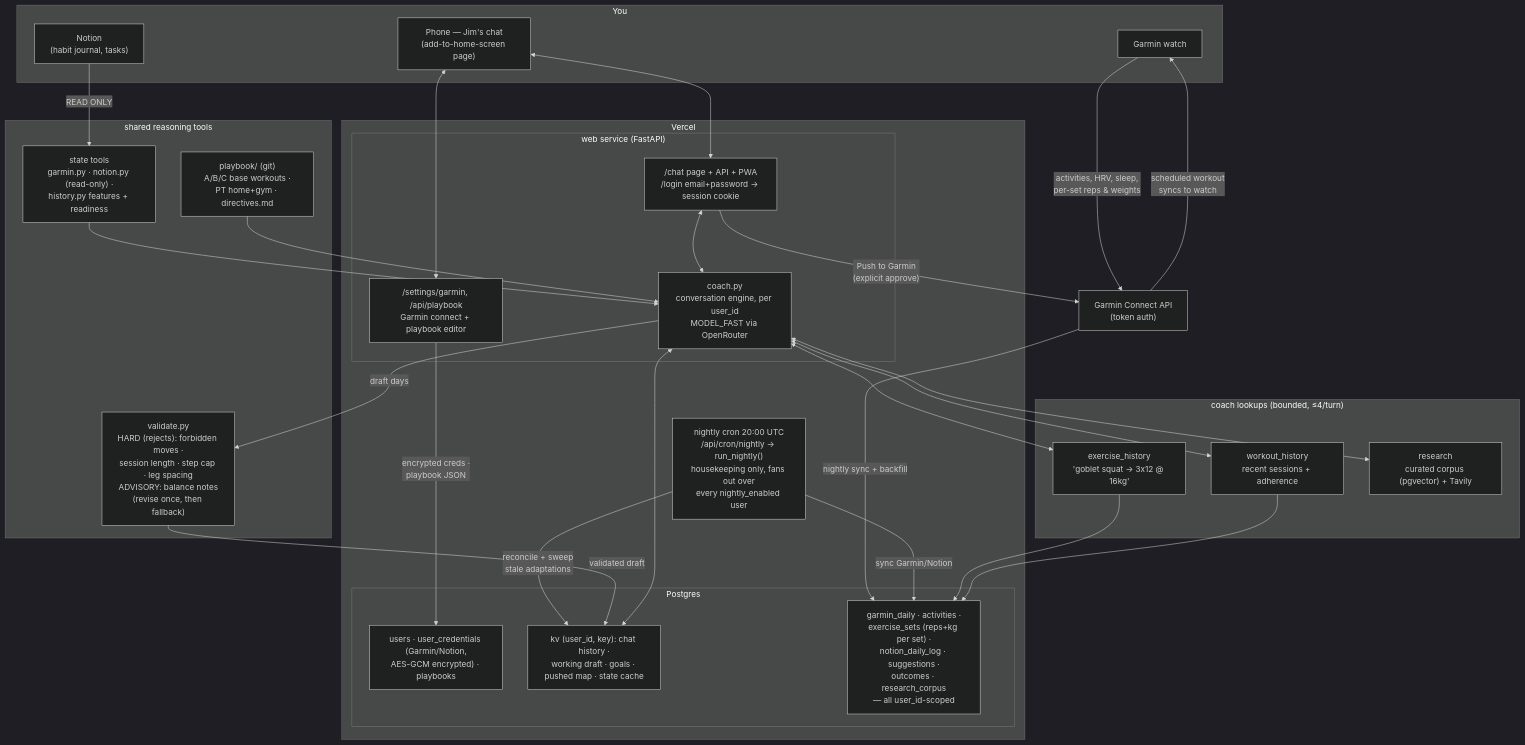
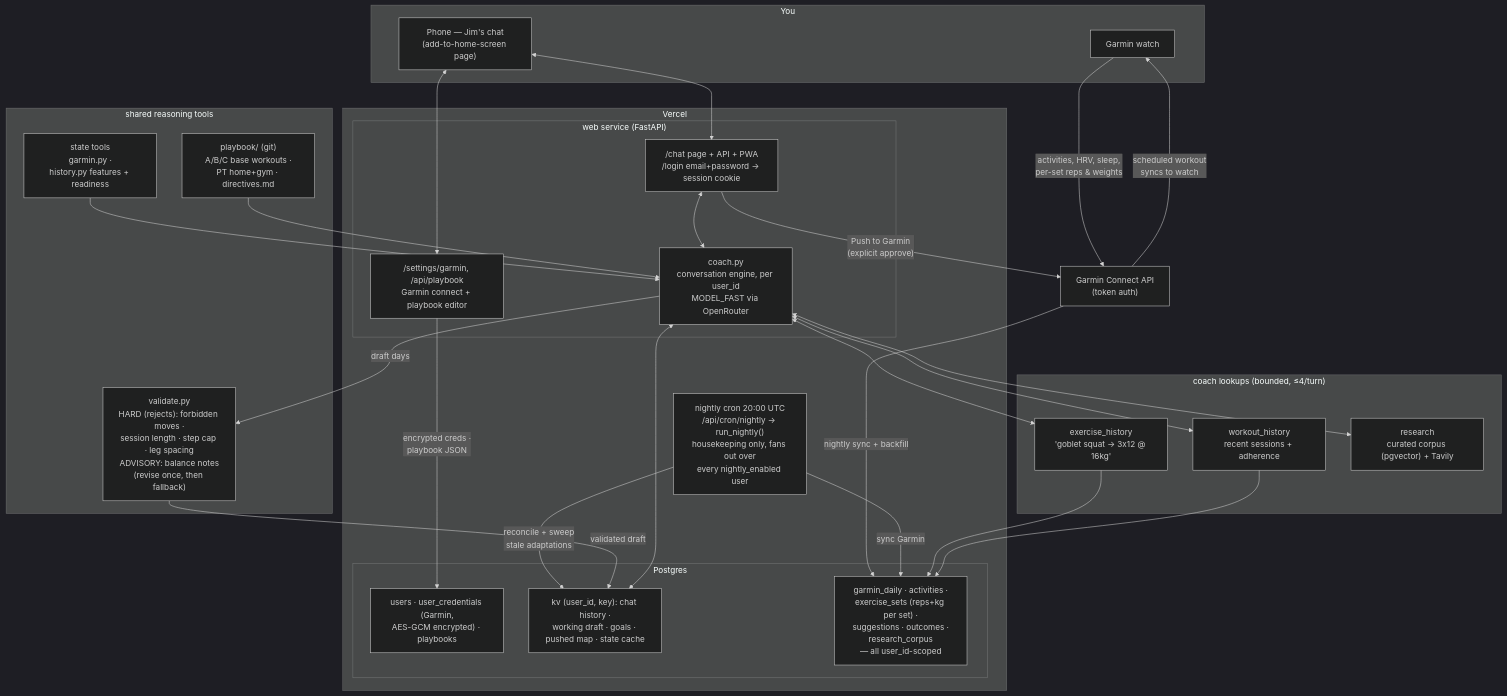
Before and after one commit to Lakshita110/jim-fitness-agent: the diagram in docs/architecture.md, drawn with Mermaid (dark theme). The commit also changed other lines of this file and 29 other files, not shown here.

````diff
--- a/docs/architecture.md
+++ b/docs/architecture.md
@@ -7,57 +7,55 @@
 ```mermaid
 flowchart TB
     subgraph you["You"]
         WATCH["Garmin watch"]
         PHONE["Phone — Jim's chat<br/>(add-to-home-screen page)"]
-        NOTIONAPP["Notion<br/>(habit journal, tasks)"]
     end
 
     subgraph vercel["Vercel"]
         subgraph web["web service (FastAPI)"]
             CHATUI["/chat page + API + PWA<br/>/login email+password → session cookie"]
             SETTINGS["/settings/garmin, /api/playbook<br/>Garmin connect + playbook editor"]
             COACH["coach.py<br/>conversation engine, per user_id<br/>MODEL_FAST via OpenRouter"]
         end
         CRON["nightly cron 20:00 UTC<br/>/api/cron/nightly → run_nightly()<br/>housekeeping only, fans out over<br/>every nightly_enabled user"]
         subgraph pg["Postgres"]
-            USERS["users · user_credentials (Garmin/Notion,<br/>AES-GCM encrypted) · playbooks"]
+            USERS["users · user_credentials (Garmin,<br/>AES-GCM encrypted) · playbooks"]
             KV["kv (user_id, key): chat history ·<br/>working draft · goals · pushed map · state cache"]
-            TABLES["garmin_daily · activities ·<br/>exercise_sets (reps+kg per set) ·<br/>notion_daily_log · suggestions ·<br/>outcomes · research_corpus<br/>— all user_id-scoped"]
+            TABLES["garmin_daily · activities ·<br/>exercise_sets (reps+kg per set) ·<br/>suggestions · outcomes ·<br/>research_corpus<br/>— all user_id-scoped"]
         end
     end
 
     subgraph loop["shared reasoning tools"]
-        STATE["state tools<br/>garmin.py · notion.py (read-only) ·<br/>history.py features + readiness"]
+        STATE["state tools<br/>garmin.py ·<br/>history.py features + readiness"]
         VALIDATE["validate.py<br/>HARD (rejects): forbidden moves ·<br/>session length · step cap · leg spacing<br/>ADVISORY: balance notes<br/>(revise once, then fallback)"]
         PLAYBOOK["playbook/ (git)<br/>A/B/C base workouts ·<br/>PT home+gym · directives.md"]
     end
 
     subgraph lookups["coach lookups (bounded, ≤4/turn)"]
         EXH["exercise_history<br/>'goblet squat → 3x12 @ 16kg'"]
         WKH["workout_history<br/>recent sessions + adherence"]
         RESEARCH["research<br/>curated corpus (pgvector) + Tavily"]
     end
 
     GARMINAPI["Garmin Connect API<br/>(token auth)"]
 
     WATCH -->|"activities, HRV, sleep,<br/>per-set reps & weights"| GARMINAPI
     GARMINAPI -->|"nightly sync + backfill"| TABLES
-    NOTIONAPP -->|"READ ONLY"| STATE
 
-    CRON -->|"sync Garmin/Notion"| TABLES
+    CRON -->|"sync Garmin"| TABLES
     CRON -->|"reconcile + sweep<br/>stale adaptations"| KV
     STATE --> COACH
     PLAYBOOK --> COACH
     VALIDATE -->|"validated draft"| KV
 
     PHONE <--> CHATUI <--> COACH
     PHONE <--> SETTINGS -->|"encrypted creds ·<br/>playbook JSON"| USERS
     COACH <--> KV
     COACH -->|"draft days"| VALIDATE
     COACH <--> EXH & WKH & RESEARCH
     EXH --> TABLES
     WKH --> TABLES
 
     CHATUI -->|"Push to Garmin<br/>(explicit approve)"| GARMINAPI
     GARMINAPI -->|"scheduled workout<br/>syncs to watch"| WATCH
 ```
````
